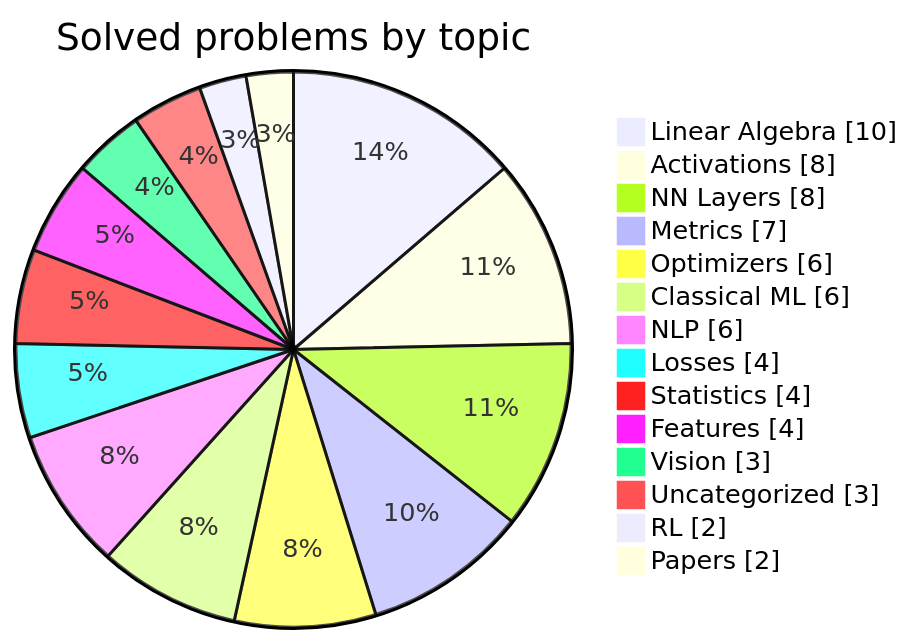
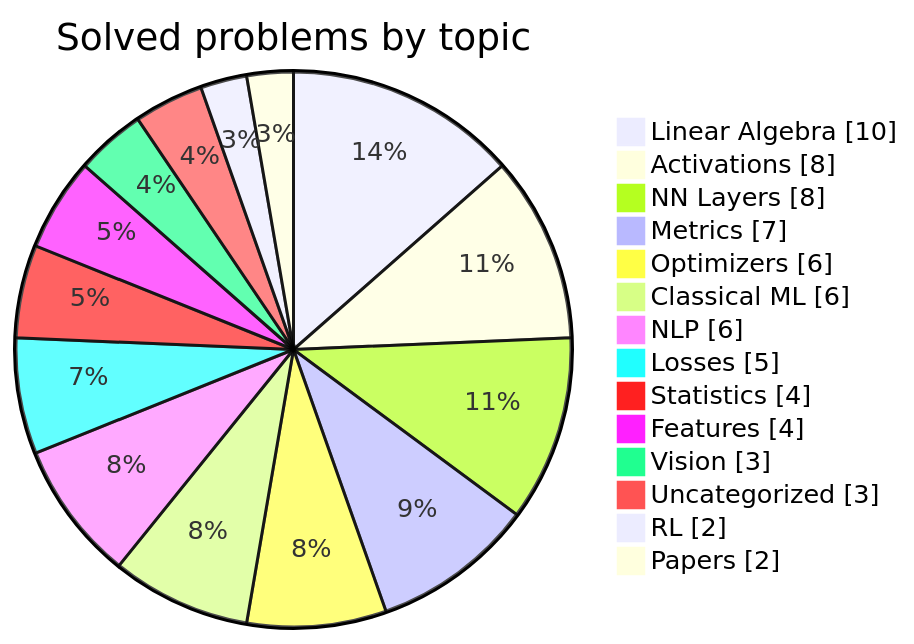
Before and after one commit to HarryTrn/TensorTonic-Solutions: the second of 2 diagrams in README.md, drawn with Mermaid. The commit also changed other lines of this file, not shown here.

````diff
--- a/README.md
+++ b/README.md
@@ -74,18 +74,18 @@
 ```mermaid
 pie showData
     title Solved problems by topic
     "Linear Algebra" : 10
     "Activations" : 8
     "NN Layers" : 8
     "Metrics" : 7
     "Optimizers" : 6
     "Classical ML" : 6
     "NLP" : 6
-    "Losses" : 4
+    "Losses" : 5
     "Statistics" : 4
     "Features" : 4
     "Vision" : 3
     "Uncategorized" : 3
     "RL" : 2
     "Papers" : 2
 ```
````
